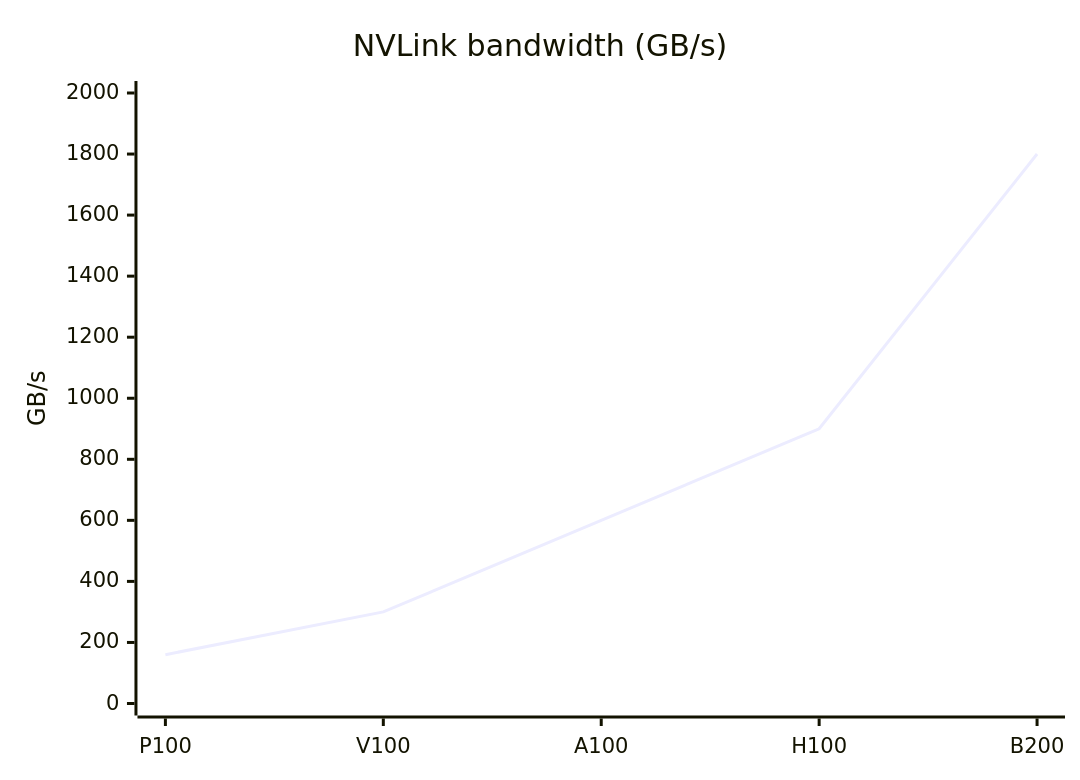
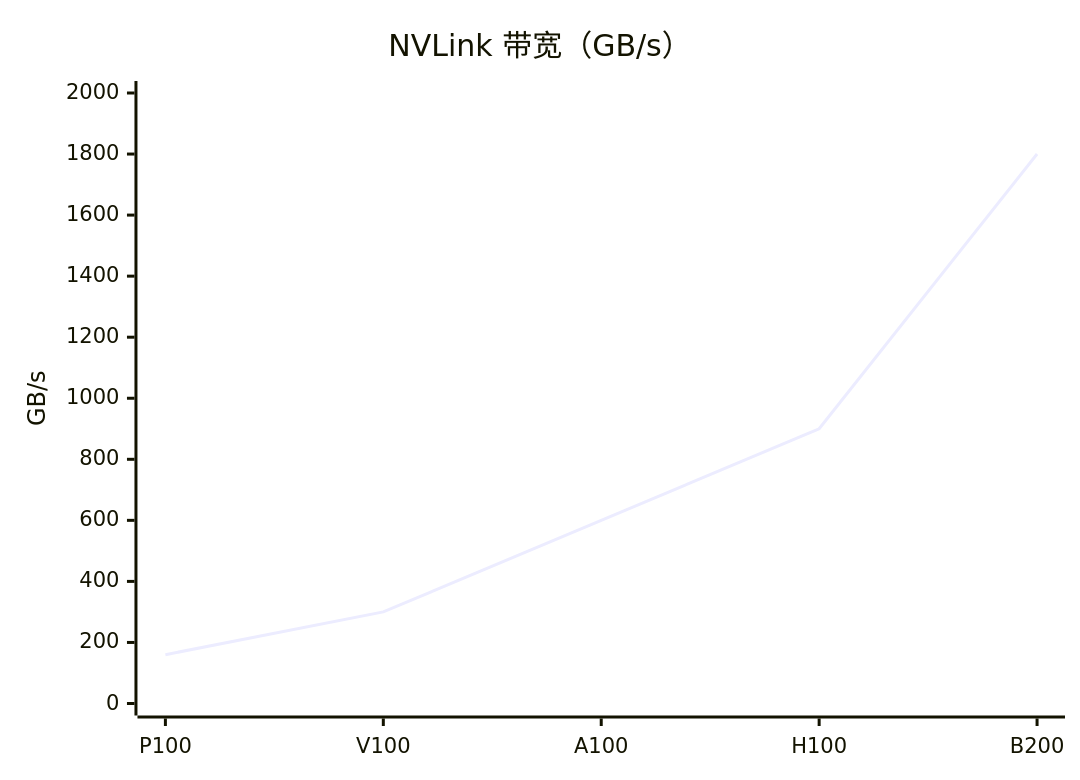
Before and after one commit to lxy-alexander/VoidIndex: the fifth of 13 diagrams in src/content/posts/nvidia-gpu-architectures.md, drawn with Mermaid. The commit also changed other lines of this file and 4 other files, not shown here.

````diff
--- a/src/content/posts/nvidia-gpu-architectures.md
+++ b/src/content/posts/nvidia-gpu-architectures.md
@@ -67,7 +67,7 @@
 ```mermaid
 xychart-beta
-  title "NVLink bandwidth (GB/s)"
+  title "NVLink 带宽（GB/s）"
   x-axis [P100, V100, A100, H100, B200]
   y-axis "GB/s" 0 --> 2000
   line [160, 300, 600, 900, 1800]
 ```
````
